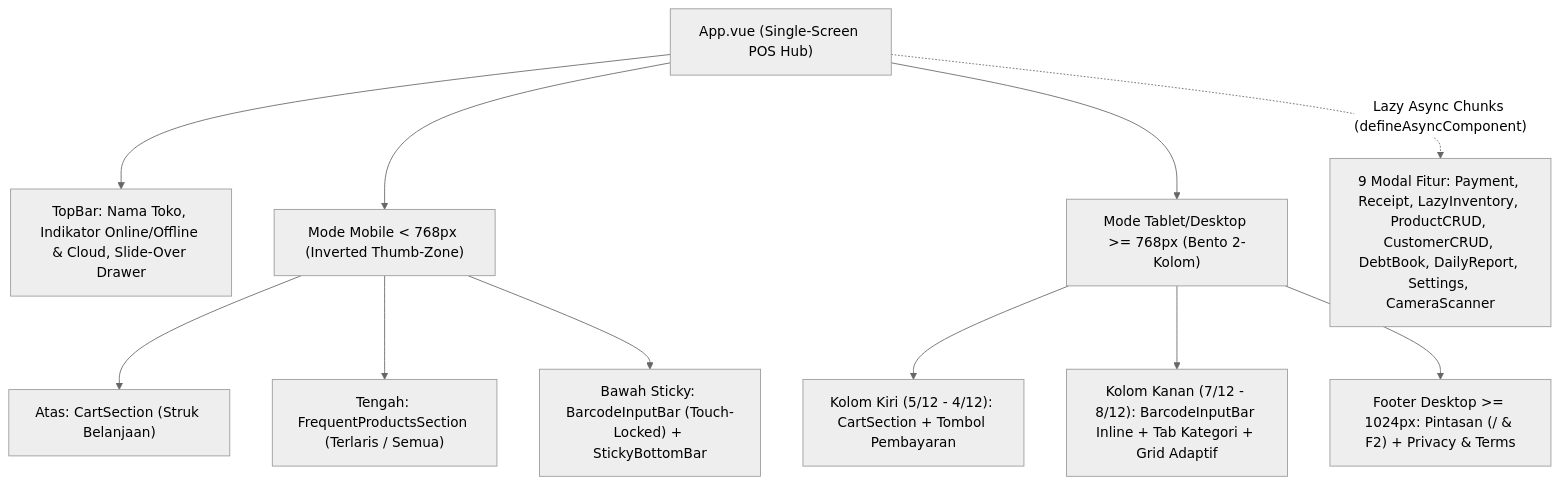
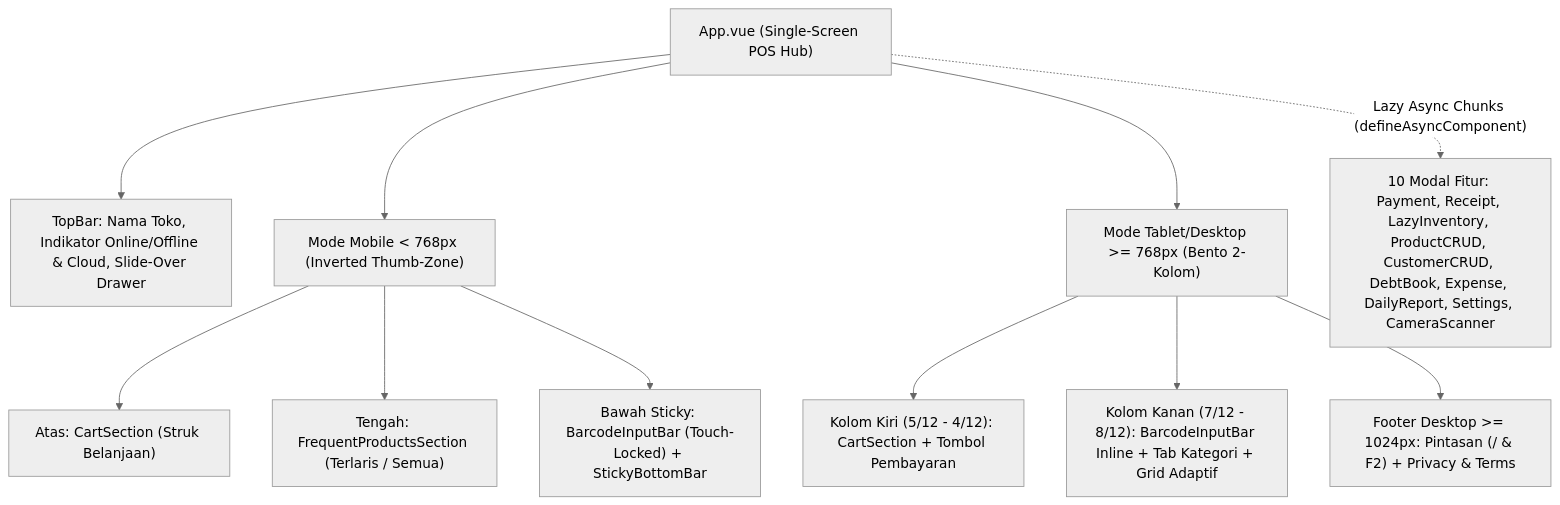
The diagram in PRD_v2.0.md (yodi-dev/kasiry), drawn with Mermaid (neutral theme) before and after one commit. The commit also changed other lines of this file and 22 other files, not shown here.

Commit message:
feat(expense): add daily expenses tracker & compact TopBar navigation (v2.9.0)

````diff
--- a/PRD_v2.0.md
+++ b/PRD_v2.0.md
@@ -56,17 +58,17 @@
 ```mermaid
 flowchart TD
     App["App.vue (Single-Screen POS Hub)"]
     App --> TopBar["TopBar: Nama Toko, Indikator Online/Offline & Cloud, Slide-Over Drawer"]
     App --> MobileMode["Mode Mobile < 768px (Inverted Thumb-Zone)"]
     App --> DesktopMode["Mode Tablet/Desktop >= 768px (Bento 2-Kolom)"]
 
     MobileMode --> M_Cart["Atas: CartSection (Struk Belanjaan)"]
     MobileMode --> M_Freq["Tengah: FrequentProductsSection (Terlaris / Semua)"]
     MobileMode --> M_Dock["Bawah Sticky: BarcodeInputBar (Touch-Locked) + StickyBottomBar"]
 
     DesktopMode --> D_Left["Kolom Kiri (5/12 - 4/12): CartSection + Tombol Pembayaran"]
     DesktopMode --> D_Right["Kolom Kanan (7/12 - 8/12): BarcodeInputBar Inline + Tab Kategori + Grid Adaptif"]
     DesktopMode --> D_Foot["Footer Desktop >= 1024px: Pintasan (/ & F2) + Privacy & Terms"]
 
-    App -.->|"Lazy Async Chunks (defineAsyncComponent)"| Modals["9 Modal Fitur: Payment, Receipt, LazyInventory, ProductCRUD, CustomerCRUD, DebtBook, DailyReport, Settings, CameraScanner"]
+    App -.->|"Lazy Async Chunks (defineAsyncComponent)"| Modals["10 Modal Fitur: Payment, Receipt, LazyInventory, ProductCRUD, CustomerCRUD, DebtBook, Expense, DailyReport, Settings, CameraScanner"]
 ```
````
